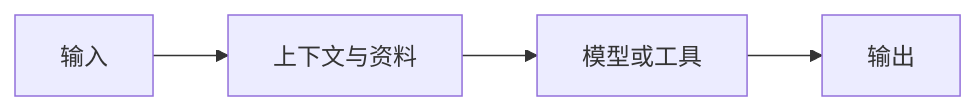
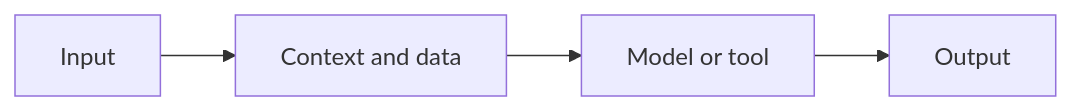
One commit to oudbiao/AI-fullstack-course changed the third of 4 diagrams in docs/intro/modern-ai-stack.md. Above: the diagram before and after it, drawn with Mermaid. The commit also changed other lines of this file and 1406 other files, not shown here.

````diff
--- a/docs/intro/modern-ai-stack.md
+++ b/docs/intro/modern-ai-stack.md
@@ -93,6 +93,6 @@
 ```mermaid
 flowchart LR
-  A[输入] --> B[上下文与资料]
-  B --> C[模型或工具]
-  C --> D[输出]
+  A[Input] --> B[Context and data]
+  B --> C[Model or tool]
+  C --> D[Output]
 ```
````
